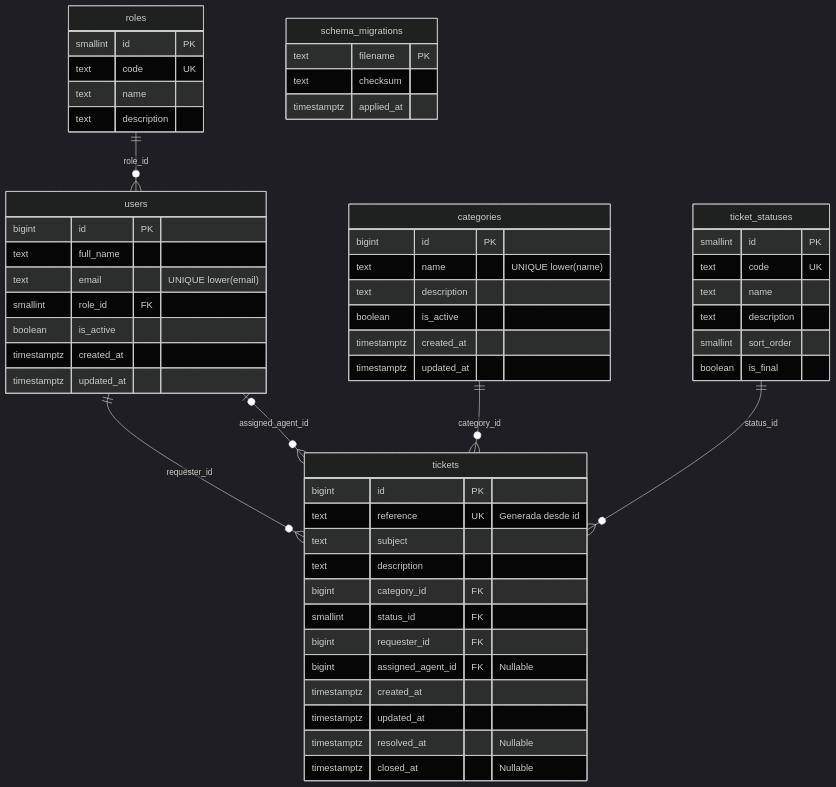
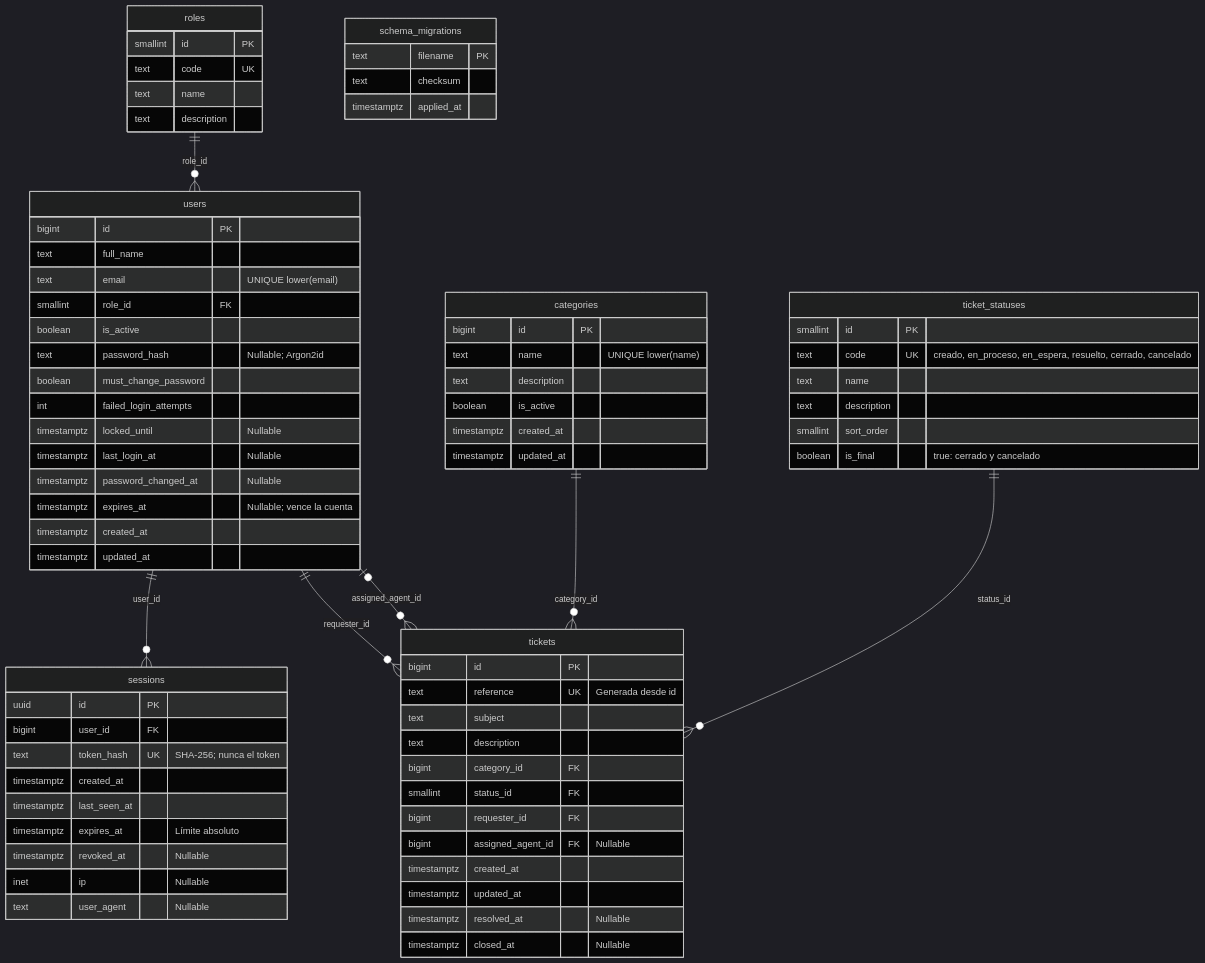
One commit to Claudia-Lainfiesta/helpdesk-soporte changed the diagram in backend/db/README.md. Above: the diagram before and after it, drawn with Mermaid (dark theme). The commit also changed other lines of this file and 38 other files, not shown here.

````diff
--- a/backend/db/README.md
+++ b/backend/db/README.md
@@ -116,59 +150,78 @@
 ```mermaid
 erDiagram
     roles ||--o{ users : role_id
+    users ||--o{ sessions : user_id
     users ||--o{ tickets : requester_id
     users o|--o{ tickets : assigned_agent_id
     categories ||--o{ tickets : category_id
     ticket_statuses ||--o{ tickets : status_id
 
     roles {
         smallint id PK
         text code UK
         text name
         text description
     }
     users {
         bigint id PK
         text full_name
         text email "UNIQUE lower(email)"
         smallint role_id FK
         boolean is_active
+        text password_hash "Nullable; Argon2id"
+        boolean must_change_password
+        int failed_login_attempts
+        timestamptz locked_until "Nullable"
+        timestamptz last_login_at "Nullable"
+        timestamptz password_changed_at "Nullable"
+        timestamptz expires_at "Nullable; vence la cuenta"
         timestamptz created_at
         timestamptz updated_at
+    }
+    sessions {
+        uuid id PK
+        bigint user_id FK
+        text token_hash UK "SHA-256; nunca el token"
+        timestamptz created_at
+        timestamptz last_seen_at
+        timestamptz expires_at "Límite absoluto"
+        timestamptz revoked_at "Nullable"
+        inet ip "Nullable"
+        text user_agent "Nullable"
     }
     categories {
         bigint id PK
         text name "UNIQUE lower(name)"
         text description
         boolean is_active
         timestamptz created_at
         timestamptz updated_at
     }
     ticket_statuses {
         smallint id PK
-        text code UK
+        text code UK "creado, en_proceso, en_espera, resuelto, cerrado, cancelado"
         text name
         text description
         smallint sort_order
-        boolean is_final
+        boolean is_final "true: cerrado y cancelado"
     }
     tickets {
         bigint id PK
         text reference UK "Generada desde id"
         text subject
         text description
         bigint category_id FK
         smallint status_id FK
         bigint requester_id FK
         bigint assigned_agent_id FK "Nullable"
         timestamptz created_at
         timestamptz updated_at
         timestamptz resolved_at "Nullable"
         timestamptz closed_at "Nullable"
     }
     schema_migrations {
         text filename PK
         text checksum
         timestamptz applied_at
     }
 ```
````
